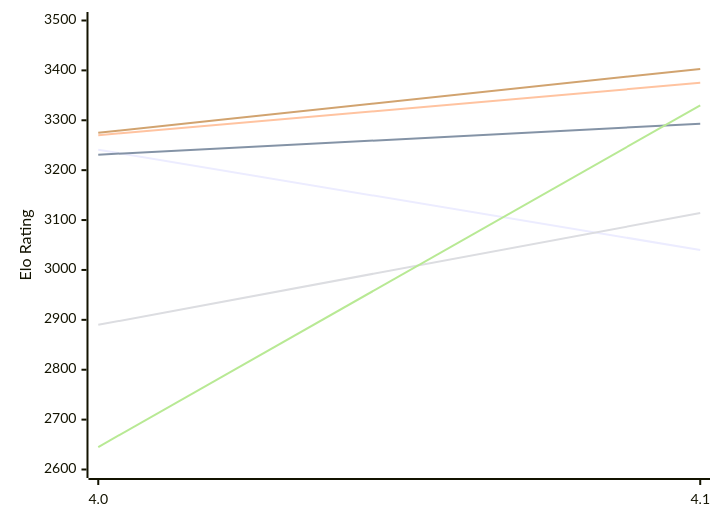
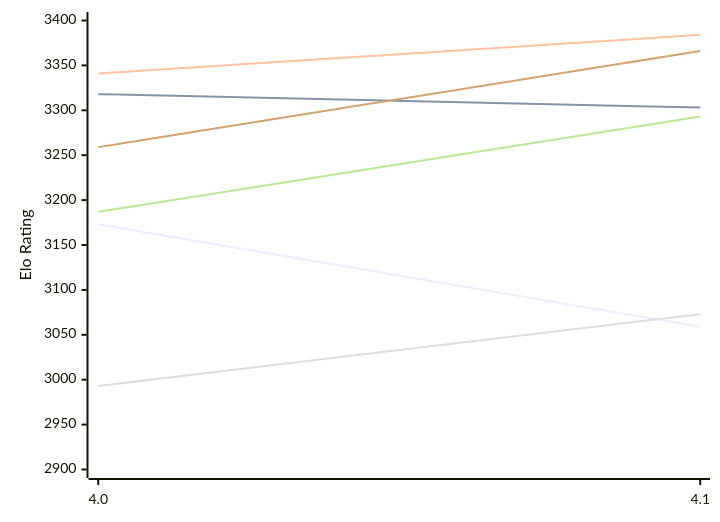
The first of 2 diagrams in engines/Petrel.md (computer-chess-index/cci), drawn with Mermaid before and after one commit. The commit also changed other lines of this file, not shown here.

Commit message:
Update CCI Ratings (ELO VLTC) - 2026-11-14

````diff
--- a/engines/Petrel.md
+++ b/engines/Petrel.md
@@ -57,12 +57,12 @@
 ```mermaid
 %%{init: {"theme":"base","themeVariables":{"seriesColors:['#a3a3a3','#222221','#faa371']}}}%%
 xychart-beta
   x-axis ["4.0", "4.1"]
-  y-axis "Elo Rating" 2600 --> 3500
-  line "E1: STC (8.0+0.08s)" [3241, 3040]
-  line "E1: LTC (60.0+0.60s)" [3231, 3293]
-  line "E1: VLTC (2m24s+1.12s)" [3270, 3375]
-  line "P1: STC (8.0+0.08s)" [2890, 3114]
-  line "P1: LTC (60.0+0.60s)" [2645, 3330]
-  line "P1: VLTC (2m24s+1.12s)" [3275, 3403]
+  y-axis "Elo Rating" 2900 --> 3400
+  line "E1: STC (8.0+0.08s)" [3173, 3059]
+  line "E1: LTC (60.0+0.60s)" [3318, 3303]
+  line "E1: VLTC (2m24s+1.12s)" [3341, 3384]
+  line "P1: STC (8.0+0.08s)" [2993, 3073]
+  line "P1: LTC (60.0+0.60s)" [3187, 3293]
+  line "P1: VLTC (2m24s+1.12s)" [3259, 3366]
 ```
````
